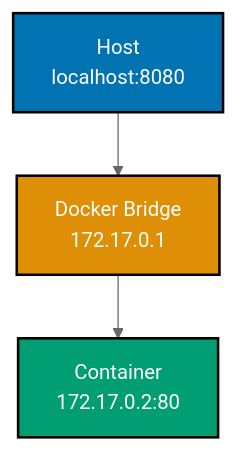
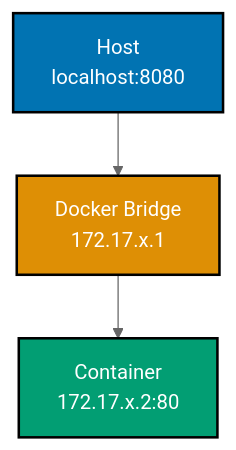
Before and after one commit to wahidyankf/ose-public: the fourth of 8 diagrams in apps/ayokoding-www/content/en/learn/legacy/software-engineering/infrastructure/tools/docker/by-example/beginner.md, drawn with Mermaid (neutral theme). The commit also changed other lines of this file and 102 other files, not shown here.

````diff
--- a/apps/ayokoding-www/content/en/learn/legacy/software-engineering/infrastructure/tools/docker/by-example/beginner.md
+++ b/apps/ayokoding-www/content/en/learn/legacy/software-engineering/infrastructure/tools/docker/by-example/beginner.md
@@ -852,11 +852,11 @@
 ```mermaid
 %% Color Palette: Blue #0173B2, Orange #DE8F05, Teal #029E73, Purple #CC78BC, Brown #CA9161
 %% Port mapping flow
 graph TD
- A["Host<br/>localhost:8080"] --> B["Docker Bridge<br/>172.17.0.1"]
- B --> C["Container<br/>172.17.0.2:80"]
+ A["Host<br/>localhost:8080"] --> B["Docker Bridge<br/>172.17.x.1"]
+ B --> C["Container<br/>172.17.x.2:80"]
 
  style A fill:#0173B2,stroke:#000000,stroke-width:2px,color:#fff
  style B fill:#DE8F05,stroke:#000000,stroke-width:2px,color:#fff
  style C fill:#029E73,stroke:#000000,stroke-width:2px,color:#fff
 ```
````
